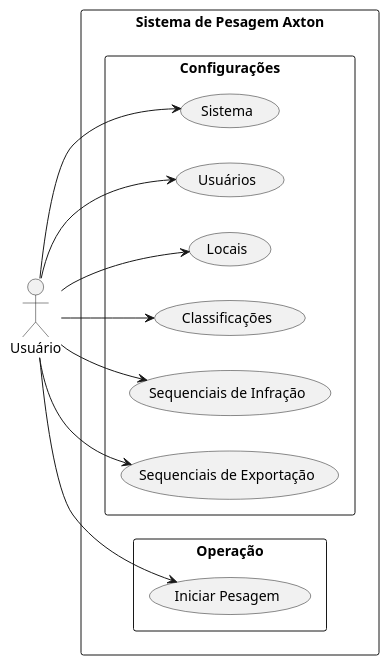
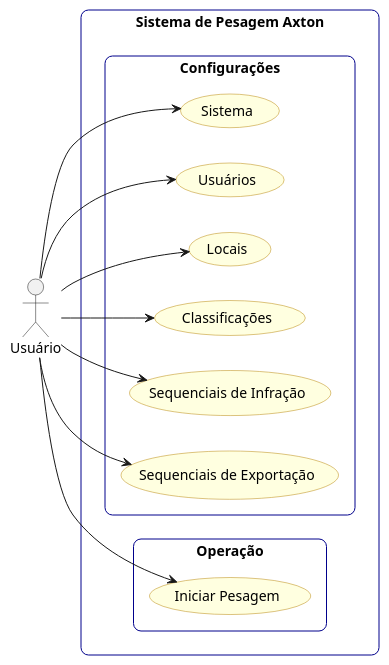
Before and after one commit to Axion-Tecnologia/Documentacao_Atualizada: the second of 2 diagrams in Writerside/topics/BTN.md, drawn with PlantUML. The commit also changed other lines of this file and 4 other files, not shown here.

```diff
--- a/Writerside/topics/BTN.md
+++ b/Writerside/topics/BTN.md
@@ -42,27 +41,37 @@
 @startuml
 skinparam packageStyle rectangle
+skinparam rectangle {
+BorderColor DarkBlue
+RoundCorner 15
+}
+
+skinparam usecase {
+BackgroundColor LightYellow
+BorderColor DarkGoldenRod
+RoundCorner 15
+}
 
 
 left to right direction
 actor "Usuário" as User
 package "Sistema de Pesagem Axton" {
 package "Configurações" {
 usecase "Sistema" as ManageSystem
 usecase "Usuários" as ManageUsers
 usecase "Locais" as ManageLocations
 usecase "Classificações" as ManageClassifications
 usecase "Sequenciais de Infração" as ManageInfractionSequentials
 usecase "Sequenciais de Exportação" as ManageExportSequentials
 }
 package "Operação" {
 usecase "Iniciar Pesagem" as StartWeighing
 }
 User --> ManageSystem
 User --> ManageUsers
 User --> ManageLocations
 User --> ManageClassifications
 User --> ManageInfractionSequentials
 User --> ManageExportSequentials
 User --> StartWeighing
 }
 @enduml
```
